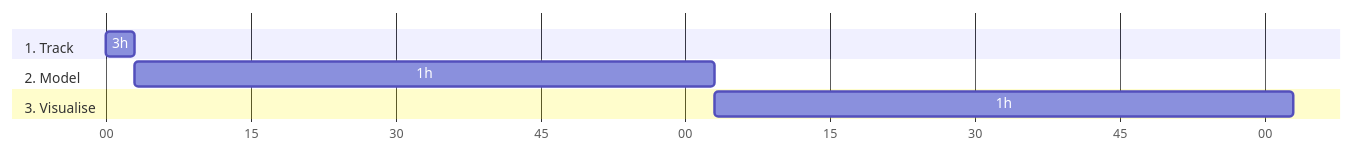
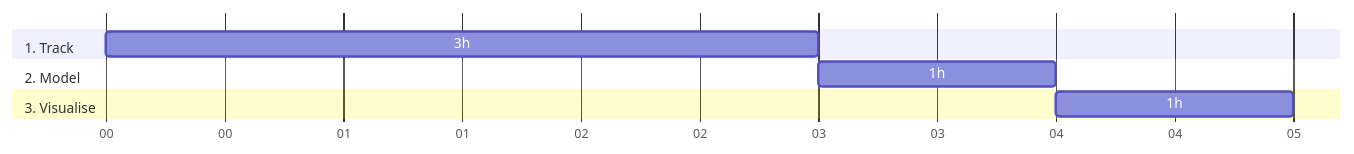
The diagram in content/_index.md (snowplow-incubator/consent-tracking-accelerator), drawn with Mermaid before and after one commit.

Commit message:
Adjust gant

```diff
--- a/content/_index.md
+++ b/content/_index.md
@@ -39,12 +39,12 @@
 {{<mermaid>}}
 gantt
         dateFormat  HH-mm
         axisFormat %M
         section 1. Track
         3h          :track, 00-00, 3m
         section 2. Model
-        1h          :model, after track, 1h
+        1h          :model, after track, 1m
         section 3. Visualise
-        1h          :visualise, after model, 1h
+        1h          :visualise, after model, 1m
 
 {{</mermaid >}}
```
